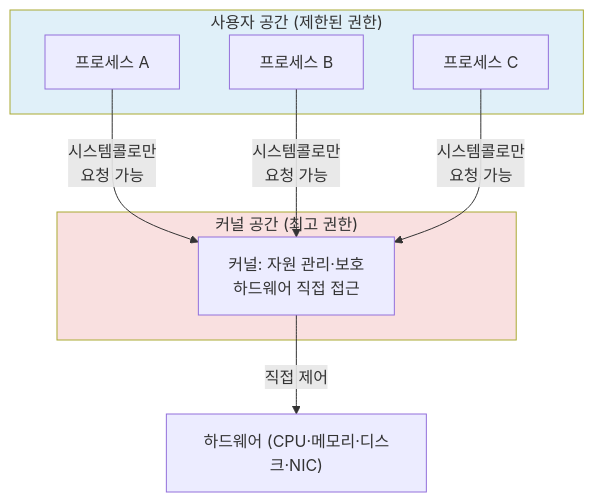
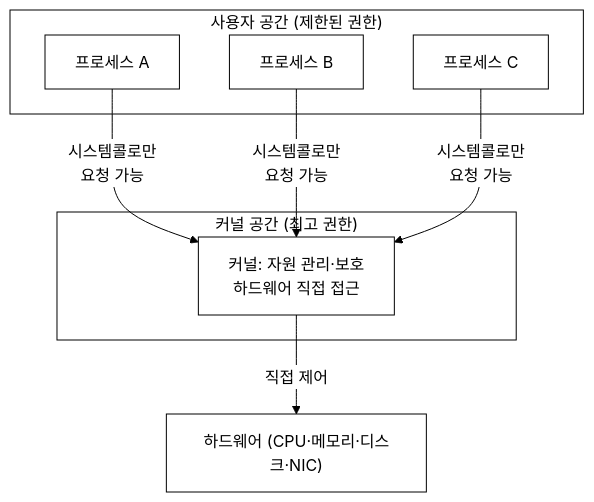
One commit to iamywl/ebpf-lab changed the first of 4 diagrams in docs/lecture/02주차_리눅스_커널과_사용자공간_시스템콜.md. Above: the diagram before and after it, drawn with Mermaid. The commit also changed other lines of this file and 33 other files, not shown here.

First line of the commit message:
강의자료: 다이어그램 흑백(논문 스타일) 통일 + 실제 실행 스크린샷 삽입

````diff
--- a/docs/lecture/02주차_리눅스_커널과_사용자공간_시스템콜.md
+++ b/docs/lecture/02주차_리눅스_커널과_사용자공간_시스템콜.md
@@ -27,16 +27,17 @@
 ```mermaid
+%%{init: {"theme":"base","themeVariables":{"background":"#ffffff","primaryColor":"#ffffff","primaryBorderColor":"#000000","primaryTextColor":"#000000","secondaryColor":"#ffffff","secondaryBorderColor":"#000000","secondaryTextColor":"#000000","tertiaryColor":"#ffffff","tertiaryBorderColor":"#000000","tertiaryTextColor":"#000000","lineColor":"#000000","textColor":"#000000","mainBkg":"#ffffff","secondBkg":"#ffffff","clusterBkg":"#ffffff","clusterBorder":"#000000","edgeLabelBackground":"#ffffff","nodeBorder":"#000000","defaultLinkColor":"#000000","titleColor":"#000000","actorBkg":"#ffffff","actorBorder":"#000000","actorTextColor":"#000000","actorLineColor":"#000000","signalColor":"#000000","signalTextColor":"#000000","labelBoxBkgColor":"#ffffff","labelBoxBorderColor":"#000000","labelTextColor":"#000000","loopTextColor":"#000000","noteBkgColor":"#ffffff","noteBorderColor":"#000000","noteTextColor":"#000000","activationBkgColor":"#ffffff","activationBorderColor":"#000000","sequenceNumberColor":"#000000","cScale0":"#ffffff","cScale1":"#ffffff","cScale2":"#ffffff","cScale3":"#ffffff","cScale4":"#ffffff","cScale5":"#ffffff","cScale6":"#ffffff","cScale7":"#ffffff","cScale8":"#ffffff","cScale9":"#ffffff","cScale10":"#ffffff","cScale11":"#ffffff","cScaleLabel0":"#000000","cScaleLabel1":"#000000","cScaleLabel2":"#000000","cScaleLabel3":"#000000","cScaleLabel4":"#000000","cScaleLabel5":"#000000","cScaleLabel6":"#000000","cScaleLabel7":"#000000","cScaleLabel8":"#000000","cScaleLabel9":"#000000","cScaleLabel10":"#000000","cScaleLabel11":"#000000","pie1":"#ffffff","pie2":"#eeeeee","pie3":"#dddddd","pie4":"#cccccc","fontFamily":"Georgia, serif"}}}%%
 flowchart TB
     subgraph U["사용자 공간 (제한된 권한)"]
         P1["프로세스 A"]
         P2["프로세스 B"]
         P3["프로세스 C"]
     end
     subgraph K["커널 공간 (최고 권한)"]
         KE["커널: 자원 관리·보호\n하드웨어 직접 접근"]
     end
     HW["하드웨어 (CPU·메모리·디스크·NIC)"]
     P1 & P2 & P3 -->|"시스템콜로만\n요청 가능"| KE
     KE -->|"직접 제어"| HW
-    style K fill:#f9e0e0
-    style U fill:#e0f0f9
+    style K fill:#ffffff
+    style U fill:#ffffff
 ```
````
